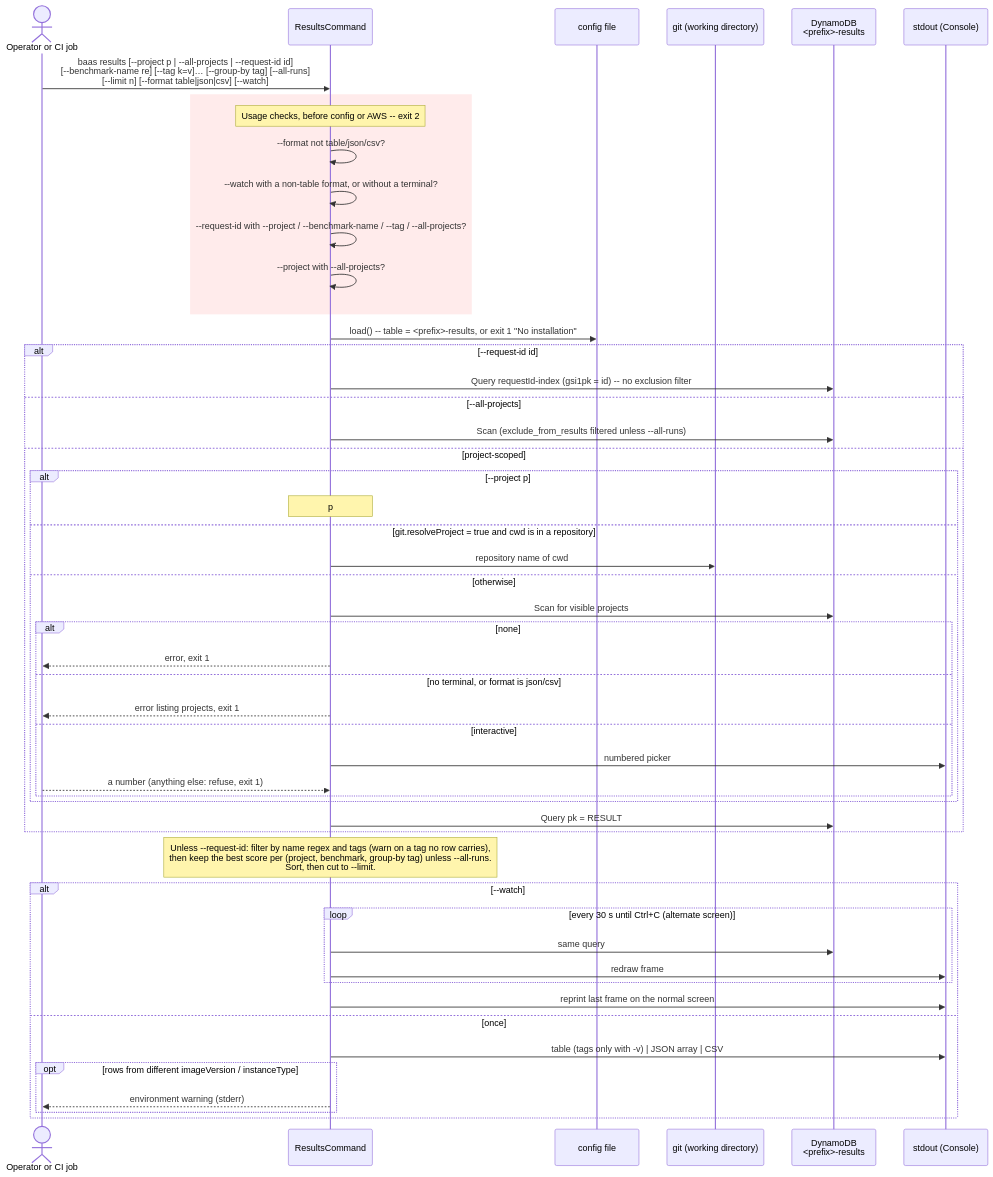
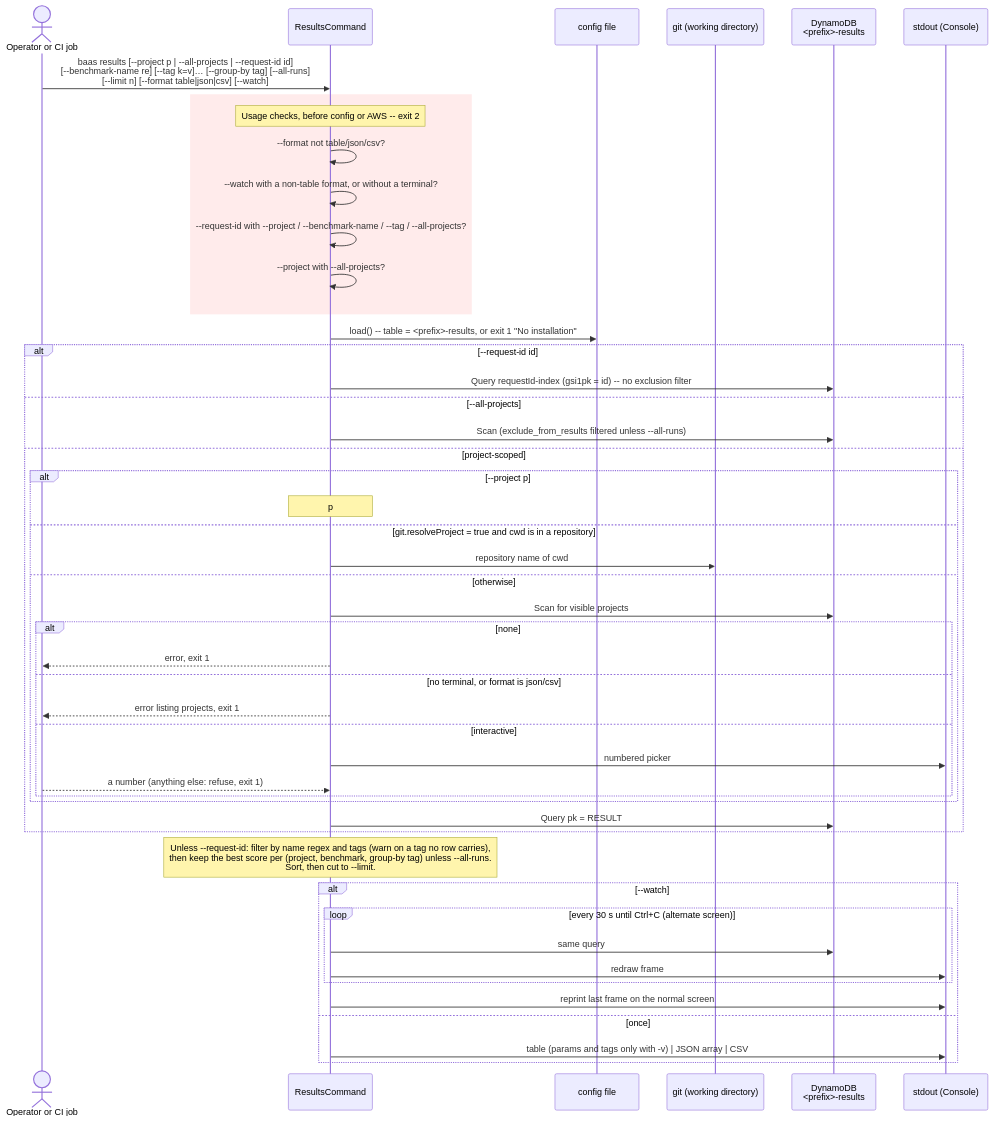
Before and after one commit to wsztajerowski/benchmark-as-a-service: the diagram in docs/diagrams/baas-results.mmd, drawn with Mermaid. The commit also changed 12 other files, not shown here.

First line of the commit message:
fix(results): drop the environment warning from baas results

```diff
--- a/docs/diagrams/baas-results.mmd
+++ b/docs/diagrams/baas-results.mmd
@@ -1,56 +1,53 @@
 sequenceDiagram
     actor User as Operator or CI job
     participant RC as ResultsCommand
     participant CFG as config file
     participant Git as git (working directory)
     participant DDB as DynamoDB<br/><prefix>-results
     participant Out as stdout (Console)
 
     User->>RC: baas results [--project p | --all-projects | --request-id id]<br/>[--benchmark-name re] [--tag k=v]… [--group-by tag] [--all-runs]<br/>[--limit n] [--format table|json|csv] [--watch]
 
     rect rgb(255, 235, 235)
         Note over RC: Usage checks, before config or AWS -- exit 2
         RC->>RC: --format not table/json/csv?
         RC->>RC: --watch with a non-table format, or without a terminal?
         RC->>RC: --request-id with --project / --benchmark-name / --tag / --all-projects?
         RC->>RC: --project with --all-projects?
     end
 
     RC->>CFG: load() -- table = <prefix>-results, or exit 1 "No installation"
 
     alt --request-id id
         RC->>DDB: Query requestId-index (gsi1pk = id) -- no exclusion filter
     else --all-projects
         RC->>DDB: Scan (exclude_from_results filtered unless --all-runs)
     else project-scoped
         alt --project p
             Note over RC: p
         else git.resolveProject = true and cwd is in a repository
             RC->>Git: repository name of cwd
         else otherwise
             RC->>DDB: Scan for visible projects
             alt none
                 RC-->>User: error, exit 1
             else no terminal, or format is json/csv
                 RC-->>User: error listing projects, exit 1
             else interactive
                 RC->>Out: numbered picker
                 User-->>RC: a number (anything else: refuse, exit 1)
             end
         end
         RC->>DDB: Query pk = RESULT#<project>
     end
 
     Note over RC: Unless --request-id: filter by name regex and tags (warn on a tag no row carries),<br/>then keep the best score per (project, benchmark, group-by tag) unless --all-runs.<br/>Sort, then cut to --limit.
     alt --watch
         loop every 30 s until Ctrl+C (alternate screen)
             RC->>DDB: same query
             RC->>Out: redraw frame
         end
         RC->>Out: reprint last frame on the normal screen
     else once
-        RC->>Out: table (tags only with -v) | JSON array | CSV
-        opt rows from different imageVersion / instanceType
-            RC-->>User: environment warning (stderr)
-        end
+        RC->>Out: table (params and tags only with -v) | JSON array | CSV
     end
```
